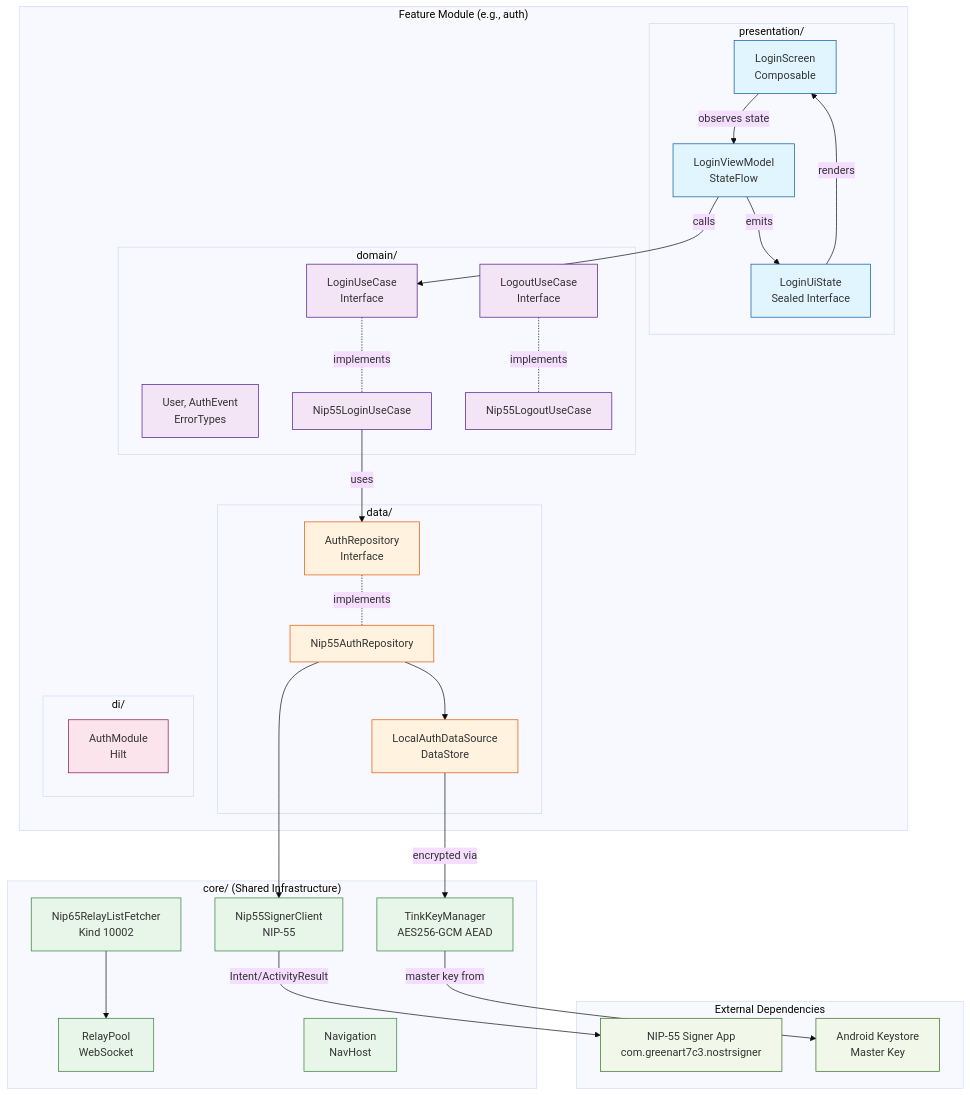
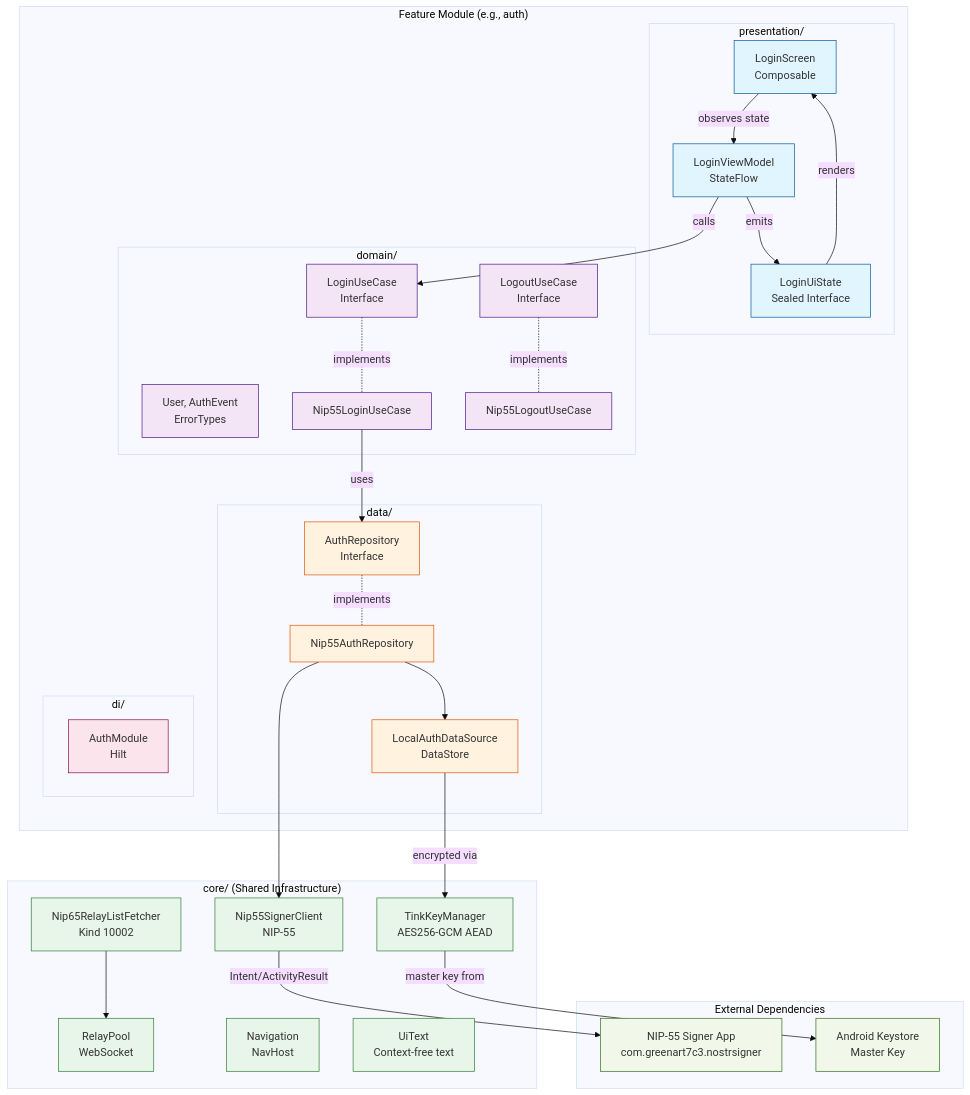
One commit to Omochice/Pinosu changed the diagram in .kiro/steering/structure.md. Above: the diagram before and after it, drawn with Mermaid (base theme). The commit also changed other lines of this file and 1 other file, not shown here.

````diff
--- a/.kiro/steering/structure.md
+++ b/.kiro/steering/structure.md
@@ -11,71 +11,72 @@
 ```mermaid
 graph TB
     subgraph "Feature Module (e.g., auth)"
         subgraph "presentation/"
             UI[LoginScreen<br/>Composable]
             VM[LoginViewModel<br/>StateFlow]
             State[LoginUiState<br/>Sealed Interface]
             UI -->|observes state| VM
             VM -->|emits| State
             State -->|renders| UI
         end
 
         subgraph "domain/"
             UC_Login[LoginUseCase<br/>Interface]
             UC_Logout[LogoutUseCase<br/>Interface]
             Model[User, AuthEvent<br/>ErrorTypes]
 
             UC_Login -.implements.- UC_Login_Impl[Nip55LoginUseCase]
             UC_Logout -.implements.- UC_Logout_Impl[Nip55LogoutUseCase]
         end
 
         subgraph "data/"
             Repo[AuthRepository<br/>Interface]
             RepoImpl[Nip55AuthRepository]
             LocalDS[LocalAuthDataSource<br/>DataStore]
 
             Repo -.implements.- RepoImpl
             RepoImpl --> LocalDS
         end
 
         subgraph "di/"
             AuthMod[AuthModule<br/>Hilt]
         end
     end
 
     subgraph "core/ (Shared Infrastructure)"
         Nip55Client[Nip55SignerClient<br/>NIP-55]
         Nip65Fetcher[Nip65RelayListFetcher<br/>Kind 10002]
         RelayPool[RelayPool<br/>WebSocket]
         TinkKeyManager[TinkKeyManager<br/>AES256-GCM AEAD]
         Navigation[Navigation<br/>NavHost]
+        UiText[UiText<br/>Context-free text]
     end
 
     subgraph "External Dependencies"
         Nip55Signer[NIP-55 Signer App<br/>com.greenart7c3.nostrsigner]
         AndroidKeystore[Android Keystore<br/>Master Key]
 
         Nip55Client -->|Intent/ActivityResult| Nip55Signer
         LocalDS -->|encrypted via| TinkKeyManager
         TinkKeyManager -->|master key from| AndroidKeystore
     end
 
     VM -->|calls| UC_Login
     UC_Login_Impl -->|uses| Repo
     RepoImpl --> Nip55Client
     Nip65Fetcher --> RelayPool
 
     classDef presentation fill:#e1f5ff,stroke:#01579b
     classDef domain fill:#f3e5f5,stroke:#4a148c
     classDef data fill:#fff3e0,stroke:#e65100
     classDef core fill:#e8f5e9,stroke:#2e7d32
     classDef external fill:#f1f8e9,stroke:#33691e
     classDef di fill:#fce4ec,stroke:#880e4f
 
     class UI,VM,State presentation
     class UC_Login,UC_Logout,UC_Login_Impl,UC_Logout_Impl,Model domain
     class Repo,RepoImpl,LocalDS data
-    class Nip55Client,Nip65Fetcher,RelayPool,TinkKeyManager,Navigation core
+    class Nip55Client,Nip65Fetcher,RelayPool,TinkKeyManager,Navigation,UiText core
     class Nip55Signer,AndroidKeystore external
     class AuthMod di
 ```
````
